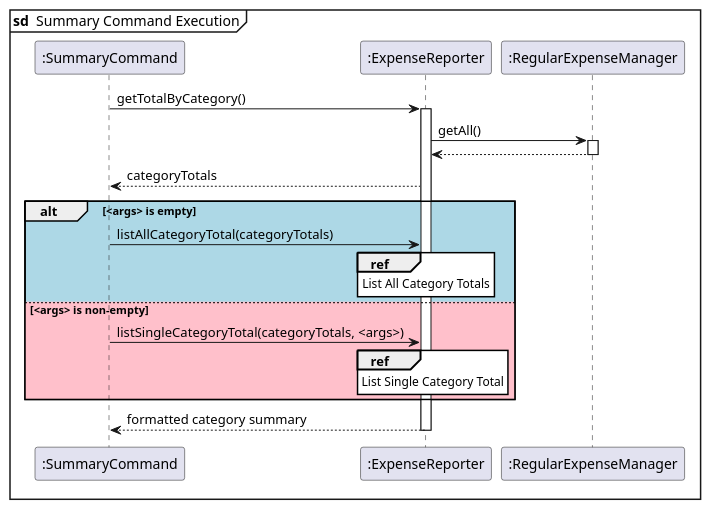
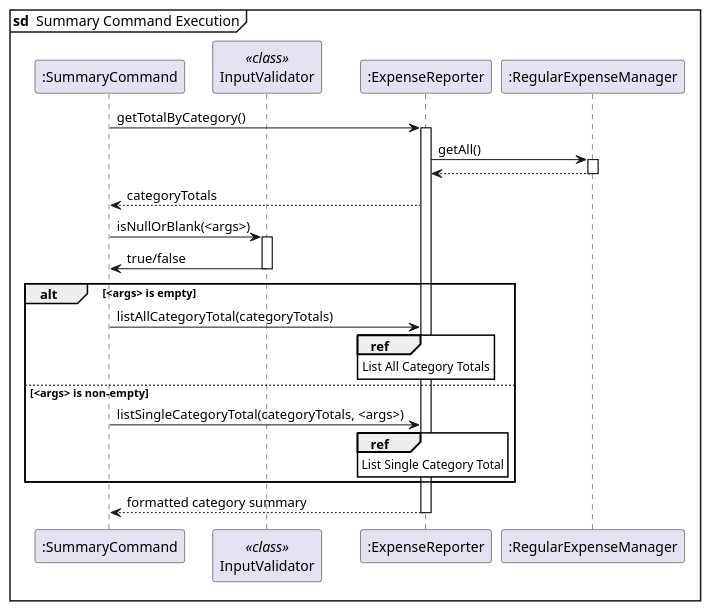
The diagram in docs/diagrams/sequence/summary.puml (randust/tp), drawn with PlantUML before and after one commit. The commit also changed 8 other files, not shown here.

Commit message:
Update TotalCommand to set limit, update parser, summary, edit sequence diagrams

```diff
--- a/docs/diagrams/sequence/summary.puml
+++ b/docs/diagrams/sequence/summary.puml
@@ -1,35 +1,43 @@
 @startuml summary
 skinparam sequenceReferenceBackgroundColor #fffff
 
 mainframe **sd**  Summary Command Execution
 
 participant ":SummaryCommand" as SC
+participant "InputValidator" as IV <<class>>
 participant ":ExpenseReporter" as ER
 participant ":RegularExpenseManager" as REM
 
 SC -> ER: getTotalByCategory()
 activate ER
 
 ER -> REM ++ : getAll()
 REM --> ER --
 
 ER --> SC: categoryTotals
 
-alt #LightBlue <args> is empty
+SC -> IV: isNullOrBlank(<args>)
+activate IV
+
+IV -> SC: true/false
+deactivate IV
+
+alt <args> is empty
 SC -> ER: listAllCategoryTotal(categoryTotals)
 ref over ER
 List All Category Totals
 end ref
 
-else #Pink <args> is non-empty
+else <args> is non-empty
+
 SC -> ER: listSingleCategoryTotal(categoryTotals, <args>)
 
 ref over ER
 List Single Category Total
 end ref
 end
 
 ER --> SC: formatted category summary
 deactivate ER
 
 @enduml
```
